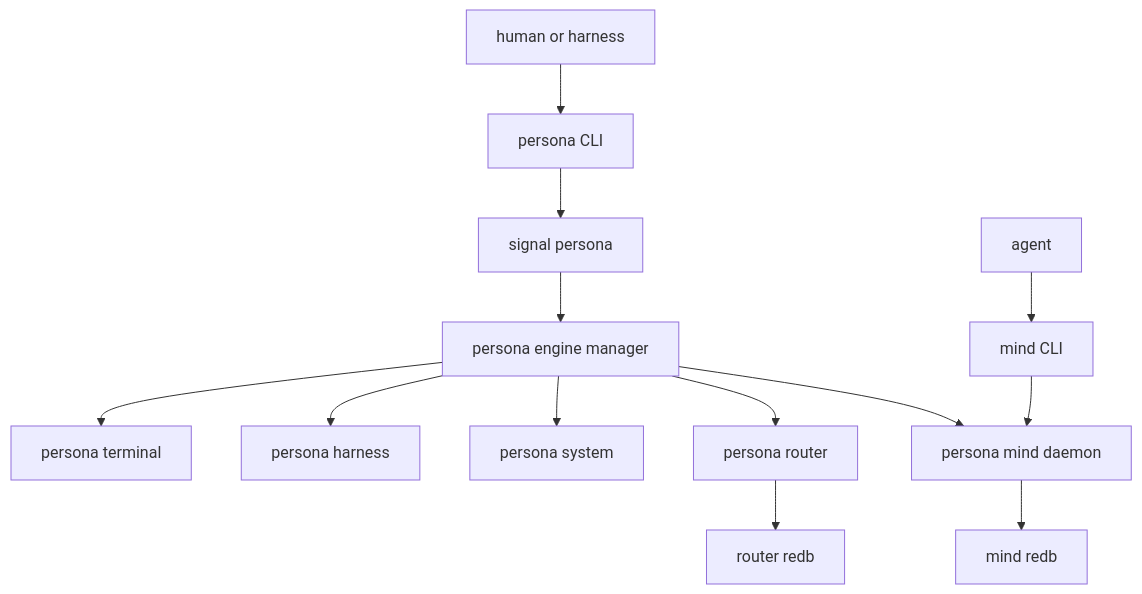
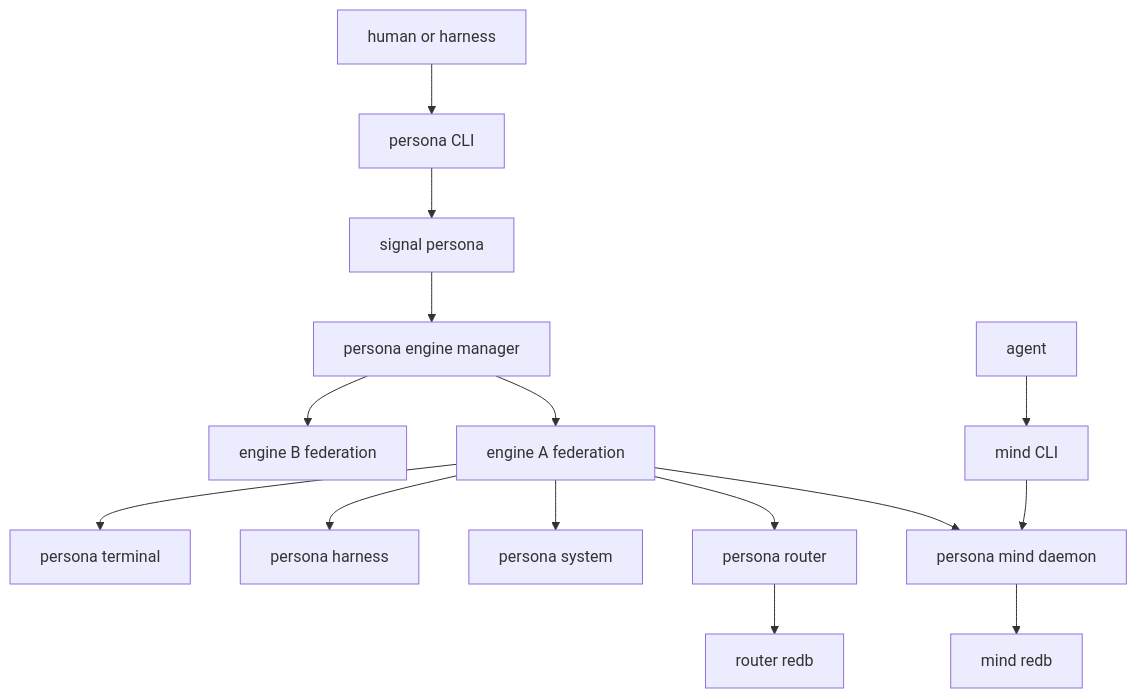
One commit to LiGoldragon/persona changed the first of 6 diagrams in ARCHITECTURE.md. Above: the diagram before and after it, drawn with Mermaid. The commit also changed other lines of this file and 3 other files, not shown here.

Commit message:
persona: absorb engine-manager architecture

````diff
--- a/ARCHITECTURE.md
+++ b/ARCHITECTURE.md
@@ -49,15 +52,17 @@
 ```mermaid
 graph TB
     operator[human or harness] --> persona_cli[persona CLI]
     persona_cli --> persona_contract[signal persona]
     persona_contract --> manager[persona engine manager]
-    manager --> mind_daemon[persona mind daemon]
-    manager --> router[persona router]
-    manager --> system[persona system]
-    manager --> harness[persona harness]
-    manager --> terminal[persona terminal]
+    manager --> engine_a[engine A federation]
+    manager --> engine_b[engine B federation]
+    engine_a --> mind_daemon[persona mind daemon]
+    engine_a --> router[persona router]
+    engine_a --> system[persona system]
+    engine_a --> harness[persona harness]
+    engine_a --> terminal[persona terminal]
     agent[agent] --> mind_cli[mind CLI]
     mind_cli --> mind_daemon
     mind_daemon --> mind_db[mind redb]
     router --> router_db[router redb]
 ```
````
